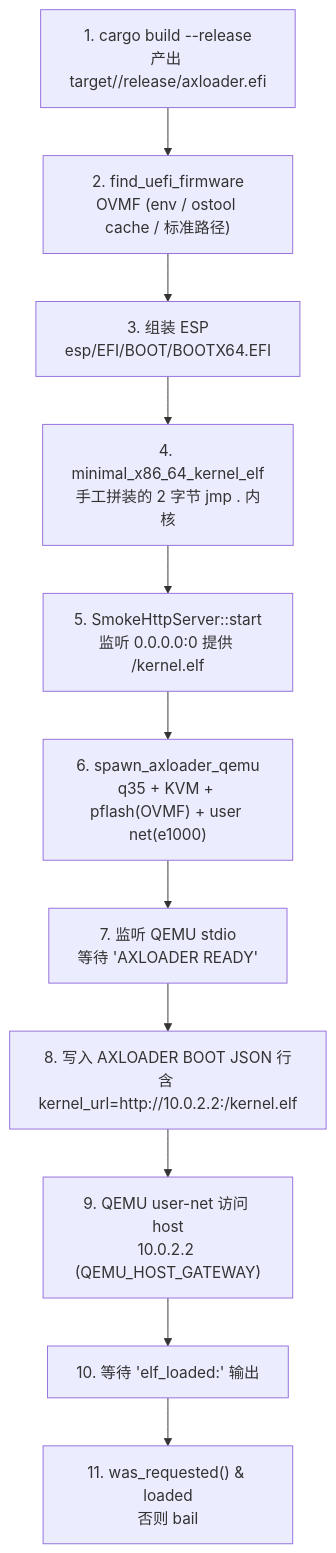
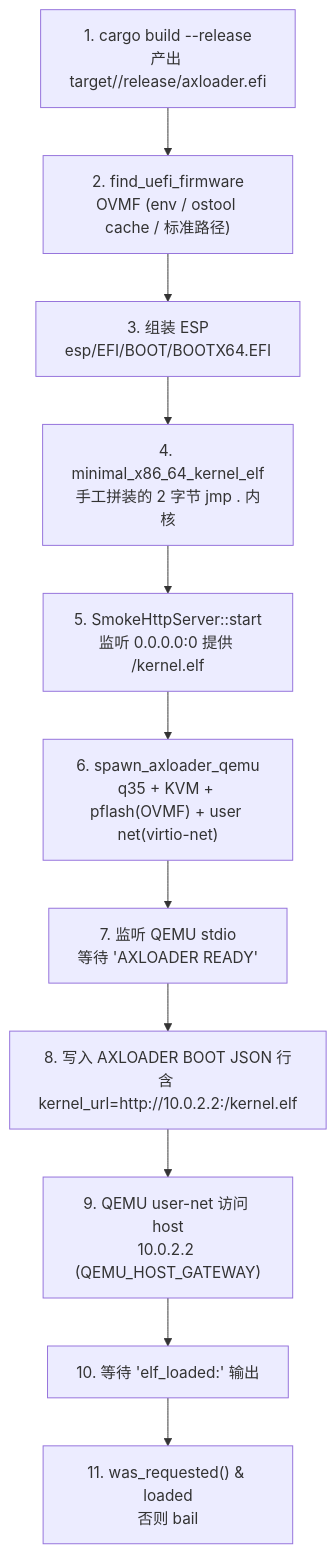
The diagram in docs/docs/build/axloader.md (451846939/tgoskits), drawn with Mermaid before and after one commit. The commit also changed other lines of this file and 1 other file, not shown here.

Commit message:
fix(axloader): switch QEMU HTTP smoke test NIC from e1000 to virtio-net

````diff
--- a/docs/docs/build/axloader.md
+++ b/docs/docs/build/axloader.md
@@ -30,16 +30,16 @@
 ```mermaid
 flowchart TB
     BUILD["1. cargo build --release<br/>产出 target/<uefi>/release/axloader.efi"]
     FW["2. find_uefi_firmware<br/>OVMF (env / ostool cache / 标准路径)"]
     ESP["3. 组装 ESP<br/>esp/EFI/BOOT/BOOTX64.EFI"]
     KERNEL["4. minimal_x86_64_kernel_elf<br/>手工拼装的 2 字节 jmp . 内核"]
     HTTP["5. SmokeHttpServer::start<br/>监听 0.0.0.0:0 提供 /kernel.elf"]
-    QEMU["6. spawn_axloader_qemu<br/>q35 + KVM + pflash(OVMF) + user net(e1000)"]
+    QEMU["6. spawn_axloader_qemu<br/>q35 + KVM + pflash(OVMF) + user net(virtio-net)"]
     SERIAL["7. 监听 QEMU stdio<br/>等待 'AXLOADER READY'"]
     BOOT["8. 写入 AXLOADER BOOT JSON 行<br/>含 kernel_url=http://10.0.2.2:<port>/kernel.elf"]
     FETCH["9. QEMU user-net 访问 host<br/>10.0.2.2 (QEMU_HOST_GATEWAY)"]
     LOAD["10. 等待 'elf_loaded:' 输出"]
     CHECK["11. was_requested() & loaded<br/>否则 bail"]
 
     BUILD --> FW --> ESP --> KERNEL --> HTTP --> QEMU --> SERIAL --> BOOT --> FETCH --> LOAD --> CHECK
 ```
````
